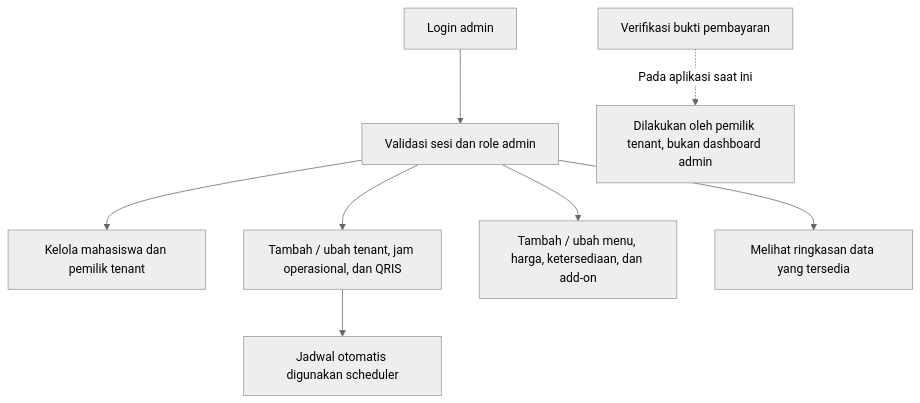
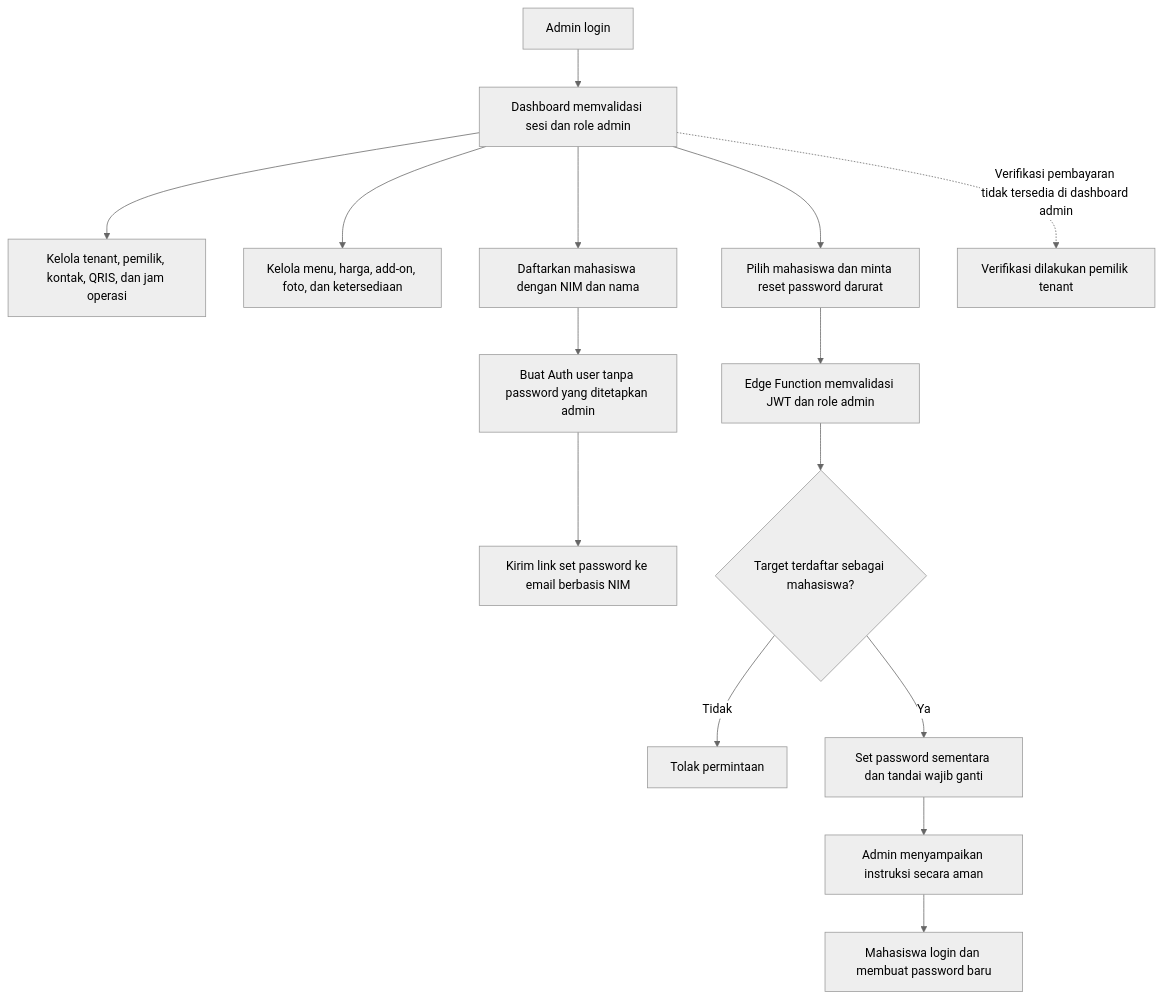
The fifth of 7 diagrams in FLOWCHART.md (nandayudhistirawibowo/SiKantin), drawn with Mermaid (neutral theme) before and after one commit. The commit also changed other lines of this file and 3 other files, not shown here.

Commit message:
Dokumentasi lengkap: PRD, Flowchart, Database, dan Presentasi

````diff
--- a/FLOWCHART.md
+++ b/FLOWCHART.md
@@ -89,10 +106,17 @@
 ```mermaid
 flowchart TD
-    A[Login admin] --> B[Validasi sesi dan role admin]
-    B --> C[Kelola mahasiswa dan pemilik tenant]
-    B --> D[Tambah / ubah tenant, jam operasional, dan QRIS]
-    B --> E[Tambah / ubah menu, harga, ketersediaan, dan add-on]
-    B --> F[Melihat ringkasan data yang tersedia]
-    D --> G[Jadwal otomatis digunakan scheduler]
-    H[Verifikasi bukti pembayaran] -. Pada aplikasi saat ini .-> I[Dilakukan oleh pemilik tenant, bukan dashboard admin]
+    A[Admin login] --> B[Dashboard memvalidasi sesi dan role admin]
+    B --> C[Kelola tenant, pemilik, kontak, QRIS, dan jam operasi]
+    B --> D[Kelola menu, harga, add-on, foto, dan ketersediaan]
+    B --> E[Daftarkan mahasiswa dengan NIM dan nama]
+    E --> F[Buat Auth user tanpa password yang ditetapkan admin]
+    F --> G[Kirim link set password ke email berbasis NIM]
+    B --> H[Pilih mahasiswa dan minta reset password darurat]
+    H --> I[Edge Function memvalidasi JWT dan role admin]
+    I --> J{Target terdaftar sebagai mahasiswa?}
+    J -- Tidak --> K[Tolak permintaan]
+    J -- Ya --> L[Set password sementara dan tandai wajib ganti]
+    L --> M[Admin menyampaikan instruksi secara aman]
+    M --> N[Mahasiswa login dan membuat password baru]
+    B -. Verifikasi pembayaran tidak tersedia di dashboard admin .-> O[Verifikasi dilakukan pemilik tenant]
 ```
````
